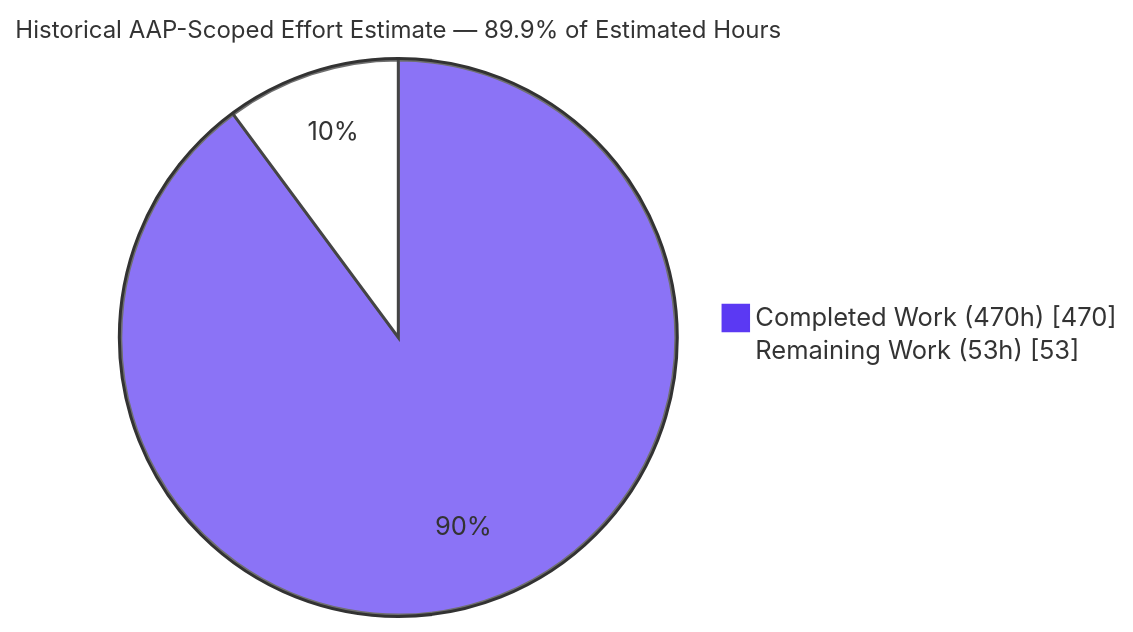
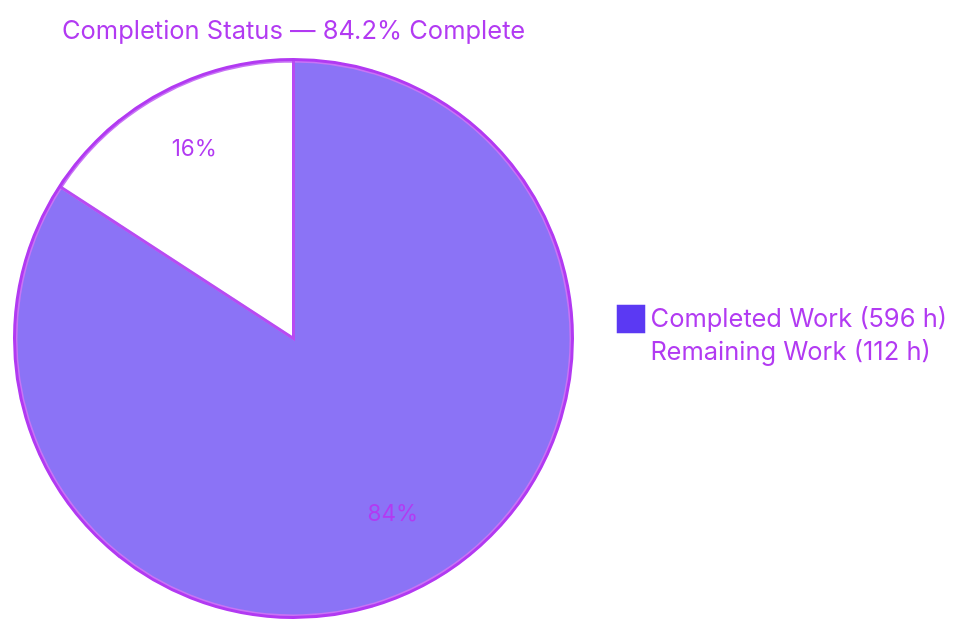
The first of 3 diagrams in blitzy/documentation/Project Guide.md (blitzy-research/zlib), drawn with Mermaid before and after one commit. The commit also changed other lines of this file, not shown here.

Commit message:
Adding Blitzy Project Guide: Project Status and Human Tasks Remaining

````diff
--- a/blitzy/documentation/Project Guide.md
+++ b/blitzy/documentation/Project Guide.md
@@ -56,6 +17,6 @@
 ```mermaid
-%%{init: {'theme':'base','themeVariables':{'pie1':'#5B39F3','pie2':'#FFFFFF','pieStrokeColor':'#333333','pieOuterStrokeColor':'#333333','pieSectionTextColor':'#333333','pieStrokeWidth':'2px','pieTitleTextSize':'16px'}}}%%
-pie showData title Historical AAP-Scoped Effort Estimate — 89.9% of Estimated Hours
-    "Completed Work (470h)" : 470
-    "Remaining Work (53h)" : 53
+%%{init: {"theme":"base","themeVariables":{"pie1":"#5B39F3","pie2":"#FFFFFF","pieStrokeColor":"#B23AF2","pieStrokeWidth":"2px","pieOuterStrokeColor":"#B23AF2","pieOuterStrokeWidth":"2px","pieTitleTextSize":"17px","pieTitleTextColor":"#B23AF2","pieSectionTextColor":"#B23AF2","pieSectionTextSize":"15px","pieLegendTextColor":"#B23AF2"}}}%%
+pie title Completion Status — 84.2% Complete
+    "Completed Work (596 h)" : 596
+    "Remaining Work (112 h)" : 112
 ```
````
